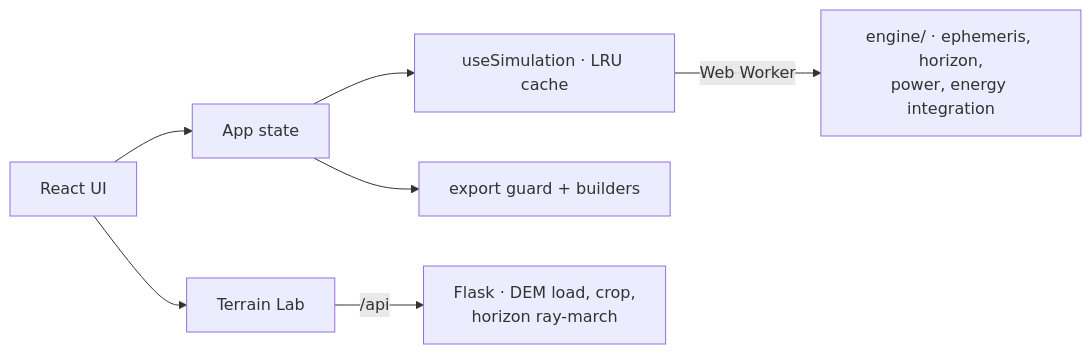
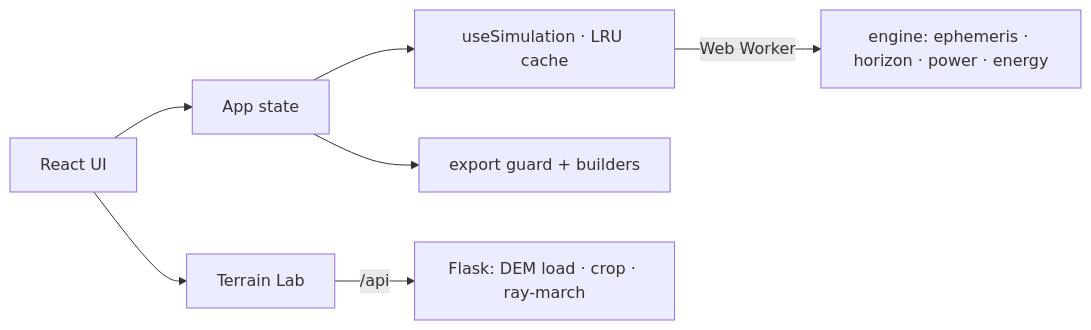
One commit to Hemansh2633B/Clps-lunar-mission changed the diagram in README.md. Above: the diagram before and after it, drawn with Mermaid. The commit also changed 2 other files, not shown here.

Commit message:
style: correct data README startup command, tighten architecture doc
- data/README.md claimed 'python -m backend.server' starts both backend and
  frontend; it starts only the backend. Show dev:full for the pair and the
  separate commands as the alternative.
- Architecture overview: attribute the LRU cache/dedup/cancellation to
  engine/simulationClient.ts (the hook is the React binding); simplify
  Mermaid node labels for GitHub rendering.

````diff
--- a/README.md
+++ b/README.md
@@ -126,9 +126,9 @@
 ```mermaid
 flowchart LR
     UI[React UI] --> App[App state]
     App --> Hook[useSimulation · LRU cache]
-    Hook -->|Web Worker| Engine[engine/ · ephemeris, horizon,\npower, energy integration]
+    Hook -->|Web Worker| Engine[engine: ephemeris · horizon · power · energy]
     App --> Export[export guard + builders]
     UI --> Terrain[Terrain Lab]
-    Terrain -->|/api| Backend[Flask · DEM load, crop,\nhorizon ray-march]
+    Terrain -->|/api| Backend[Flask: DEM load · crop · ray-march]
 ```
````
